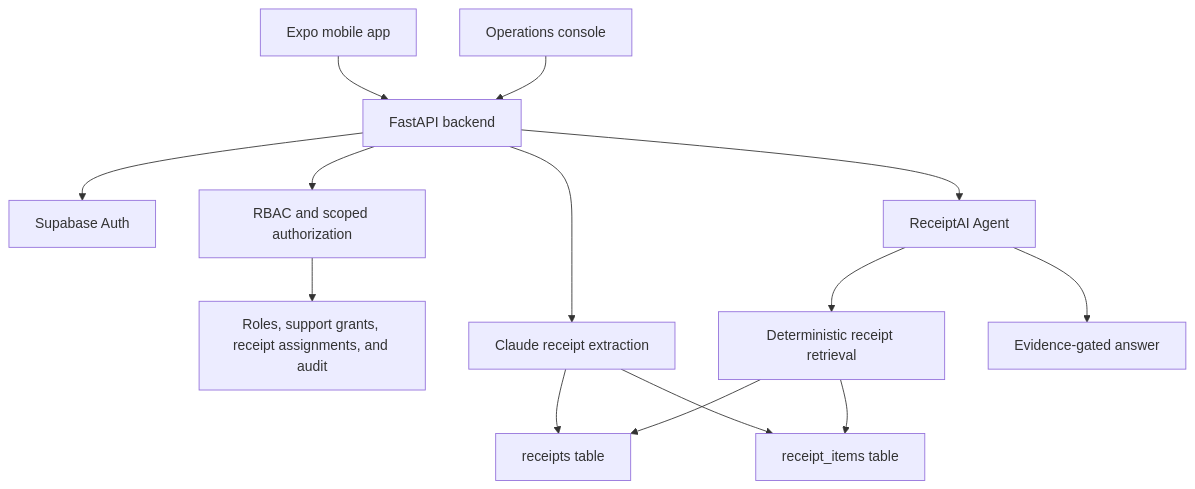
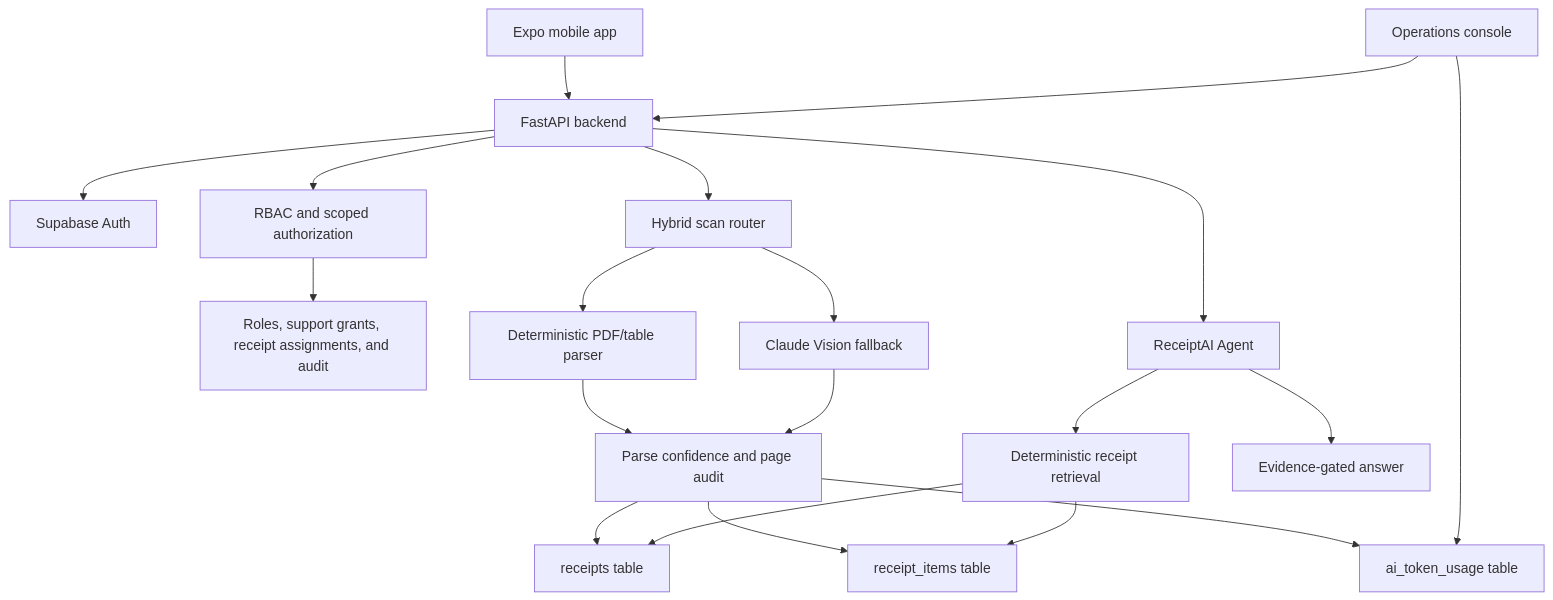
One commit to reddy-rbg/receipt-scanner-app changed the diagram in README.md. Above: the diagram before and after it, drawn with Mermaid. The commit also changed other lines of this file, not shown here.

Commit message:
Update README for current production architecture

````diff
--- a/README.md
+++ b/README.md
@@ -56,16 +61,22 @@
 ```mermaid
 flowchart TD
   A["Expo mobile app"] --> B["FastAPI backend"]
   J["Operations console"] --> B
   B --> C["Supabase Auth"]
   B --> K["RBAC and scoped authorization"]
   K --> L["Roles, support grants, receipt assignments, and audit"]
-  B --> D["Claude receipt extraction"]
-  D --> E["receipts table"]
-  D --> F["receipt_items table"]
+  B --> M["Hybrid scan router"]
+  M --> N["Deterministic PDF/table parser"]
+  M --> D["Claude Vision fallback"]
+  N --> O["Parse confidence and page audit"]
+  D --> O
+  O --> E["receipts table"]
+  O --> F["receipt_items table"]
+  O --> P["ai_token_usage table"]
   B --> G["ReceiptAI Agent"]
   G --> H["Deterministic receipt retrieval"]
   H --> F
   H --> E
   G --> I["Evidence-gated answer"]
+  J --> P
 ```
````
